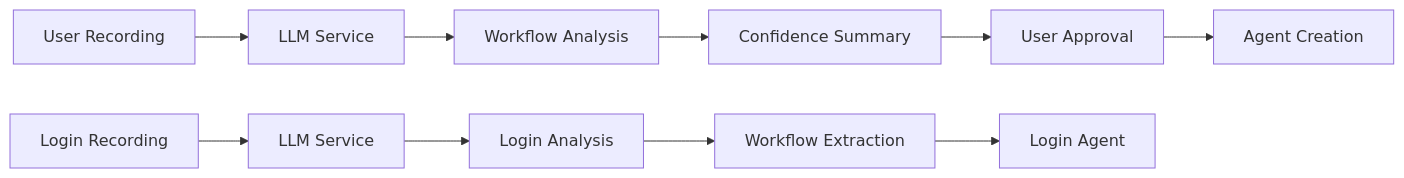
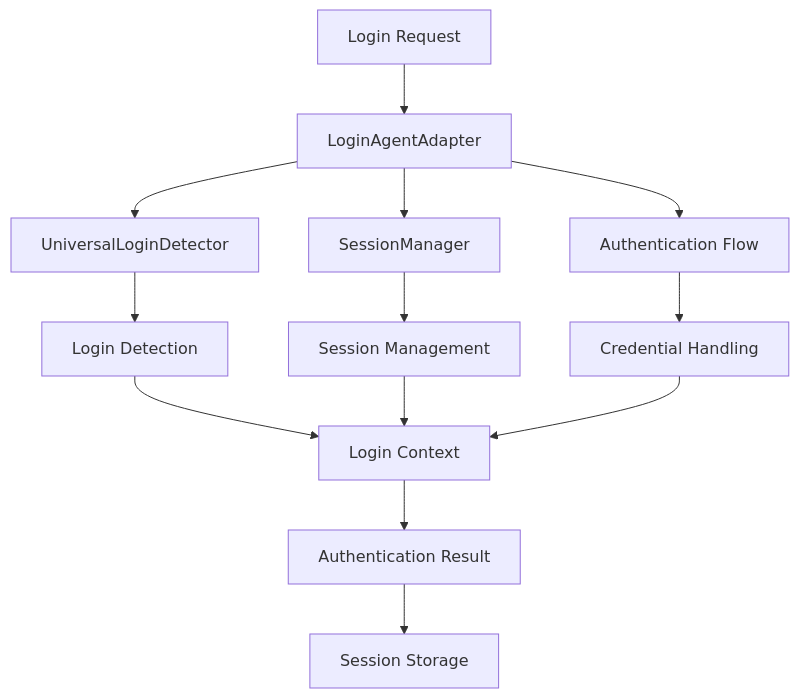
One commit to richvergo/subtract changed the fifth of 11 diagrams in ARCHITECTURE.md. Above: the diagram before and after it, drawn with Mermaid. The commit also changed other lines of this file and 148 other files, not shown here.

````diff
--- a/ARCHITECTURE.md
+++ b/ARCHITECTURE.md
@@ -55,13 +163,18 @@
 ```mermaid
-graph LR
-    A[User Recording] --> B[LLM Service]
-    B --> C[Workflow Analysis]
-    C --> D[Confidence Summary]
-    D --> E[User Approval]
-    E --> F[Agent Creation]
+graph TD
+    A[Login Request] --> B[LoginAgentAdapter]
+    B --> C[UniversalLoginDetector]
+    B --> D[SessionManager]
+    B --> E[Authentication Flow]
     
-    G[Login Recording] --> H[LLM Service]
-    H --> I[Login Analysis]
-    I --> J[Workflow Extraction]
-    J --> K[Login Agent]
+    C --> F[Login Detection]
+    D --> G[Session Management]
+    E --> H[Credential Handling]
+    
+    F --> I[Login Context]
+    G --> I
+    H --> I
+    
+    I --> J[Authentication Result]
+    J --> K[Session Storage]
 ```
````
